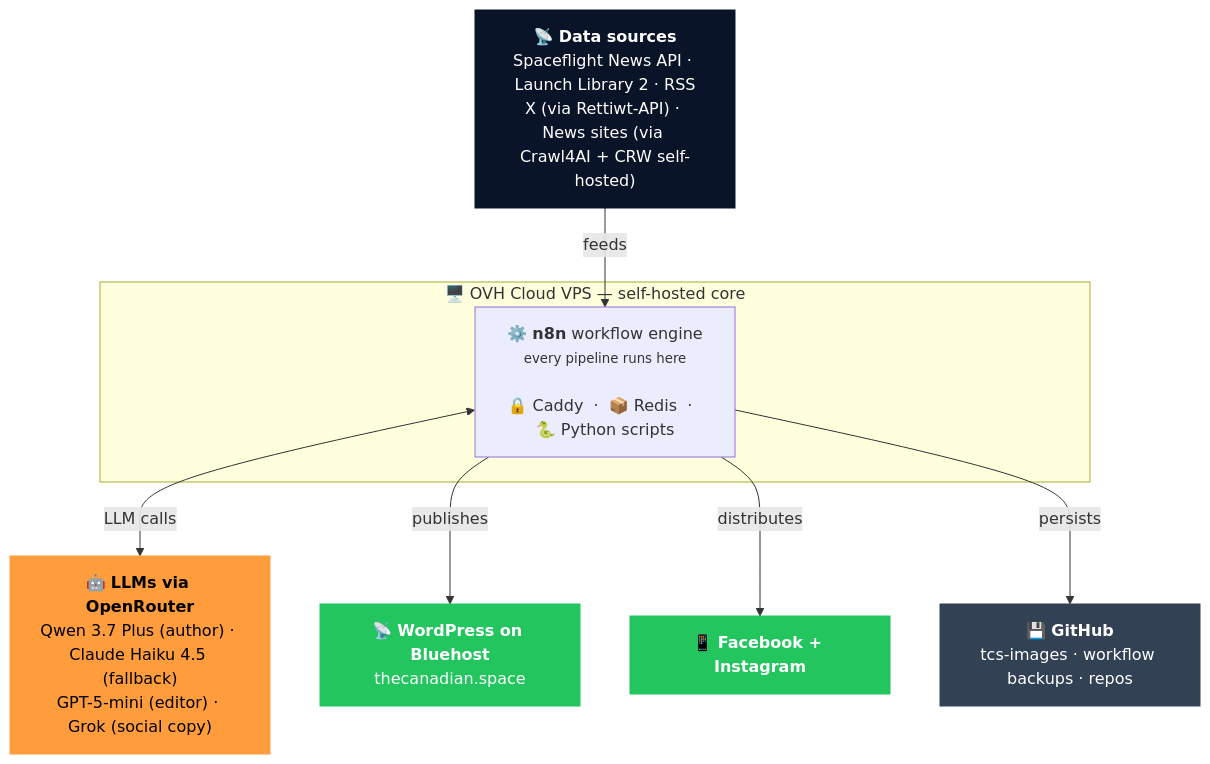
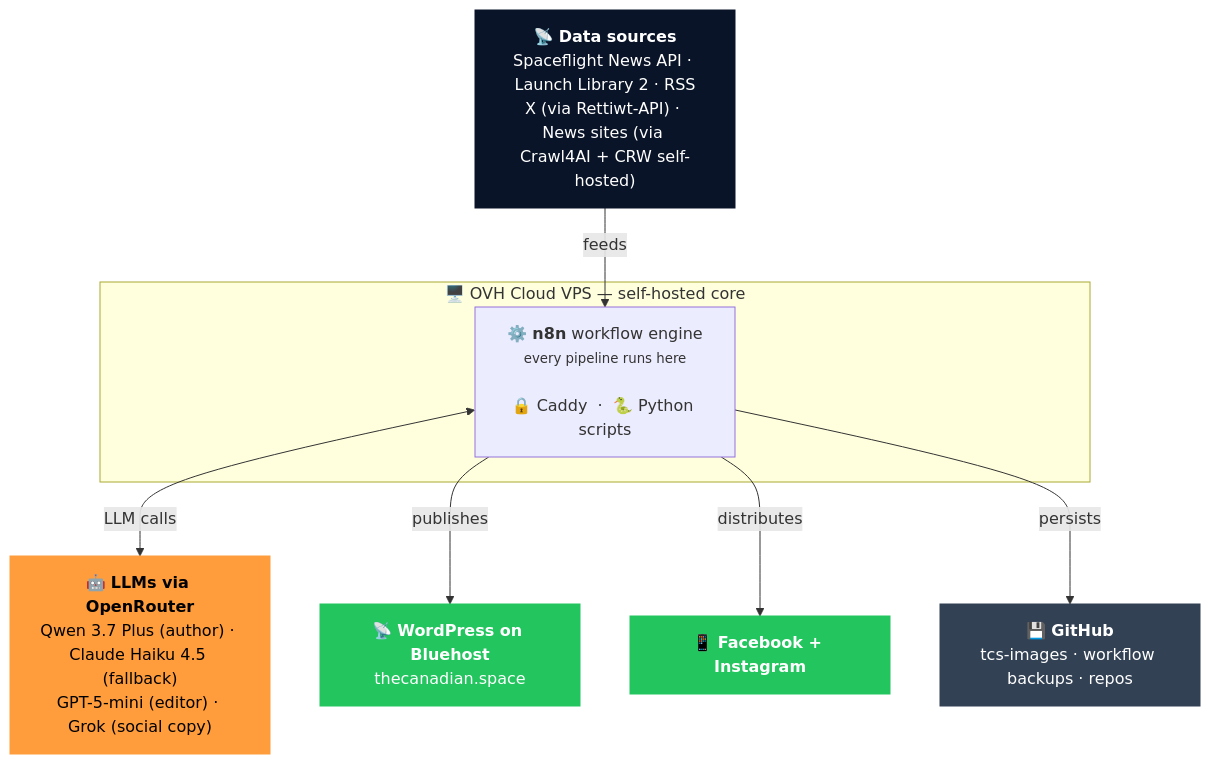
The diagram in docs/technology/infrastructure.md (The-Canadian-Space/tcs-public-wiki), drawn with Mermaid before and after one commit. The commit also changed other lines of this file and 4 other files, not shown here.

````diff
--- a/docs/technology/infrastructure.md
+++ b/docs/technology/infrastructure.md
@@ -9,29 +9,29 @@
 ```mermaid
 graph TB
     Data["📡 <b>Data sources</b><br/>Spaceflight News API · Launch Library 2 · RSS<br/>X (via Rettiwt-API) · News sites (via Crawl4AI + CRW self-hosted)"]
 
     subgraph OVH["🖥️ OVH Cloud VPS — self-hosted core"]
-        Core["⚙️ <b>n8n</b> workflow engine<br/><small>every pipeline runs here</small><br/><br/>🔒 Caddy &nbsp;·&nbsp; 📦 Redis &nbsp;·&nbsp; 🐍 Python scripts"]
+        Core["⚙️ <b>n8n</b> workflow engine<br/><small>every pipeline runs here</small><br/><br/>🔒 Caddy &nbsp;·&nbsp; 🐍 Python scripts"]
     end
 
     LLM["🤖 <b>LLMs via OpenRouter</b><br/>Qwen 3.7 Plus (author) · Claude Haiku 4.5 (fallback)<br/>GPT-5-mini (editor) · Grok (social copy)"]
 
     WP["📡 <b>WordPress on Bluehost</b><br/>thecanadian.space"]
     Social["📱 <b>Facebook + Instagram</b>"]
     GH["💾 <b>GitHub</b><br/>tcs-images · workflow backups · repos"]
 
     Data -->|feeds| Core
     Core <-->|LLM calls| LLM
     Core -->|publishes| WP
     Core -->|distributes| Social
     Core -->|persists| GH
 
     classDef input fill:#0A1428,color:#fff,stroke:#0A1428
     classDef ai fill:#FF9D3D,color:#000,stroke:#FF9D3D
     classDef out fill:#22C55E,color:#fff,stroke:#22C55E
     classDef store fill:#334155,color:#fff,stroke:#334155
     class Data input
     class LLM ai
     class WP,Social out
     class GH store
 ```
````
